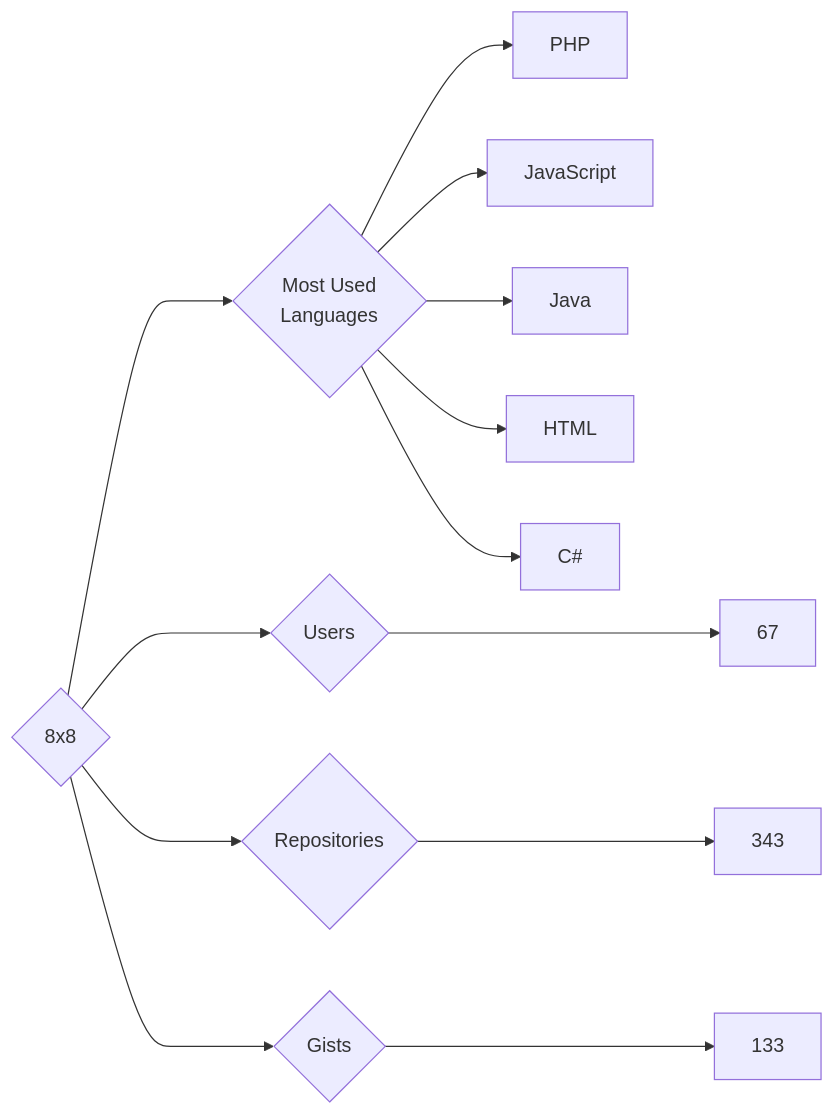
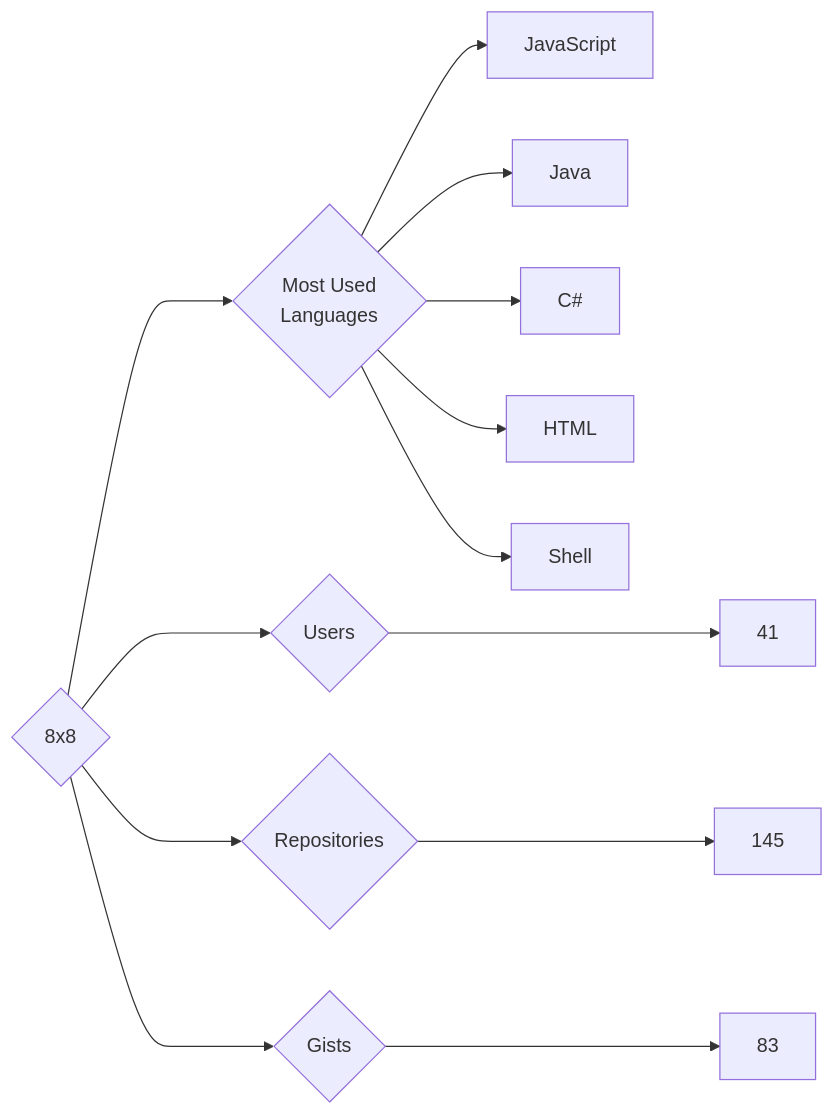
One commit to trickest/insiders changed the diagram in targets/8x8/README.md. Above: the diagram before and after it, drawn with Mermaid. The commit also changed 775 other files, not shown here.

````diff
--- a/targets/8x8/README.md
+++ b/targets/8x8/README.md
@@ -3,13 +3,13 @@
 ```mermaid
 graph LR
 COMPANY_NAME{8x8}
-COMPANY_NAME ---> U{Users} ---> UN[67]
-COMPANY_NAME ---> R{Repositories} ---> RN[343]
-COMPANY_NAME ---> G{Gists} ---> GN[133]
+COMPANY_NAME ---> U{Users} ---> UN[41]
+COMPANY_NAME ---> R{Repositories} ---> RN[145]
+COMPANY_NAME ---> G{Gists} ---> GN[83]
 COMPANY_NAME ---> ML{Most Used<br>Languages}
-ML --> PHP[PHP]
 ML --> JavaScript[JavaScript]
 ML --> Java[Java]
+ML --> C#[C#]
 ML --> HTML[HTML]
-ML --> C#[C#]
+ML --> Shell[Shell]
 ```
````
